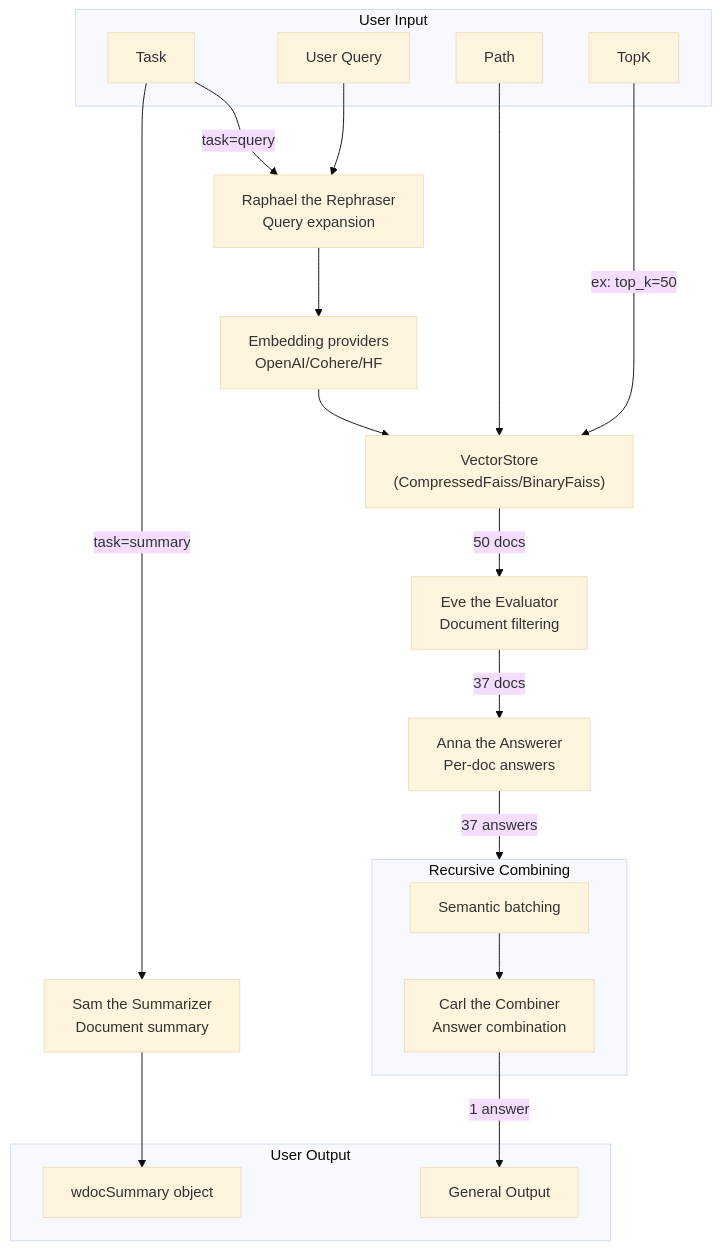
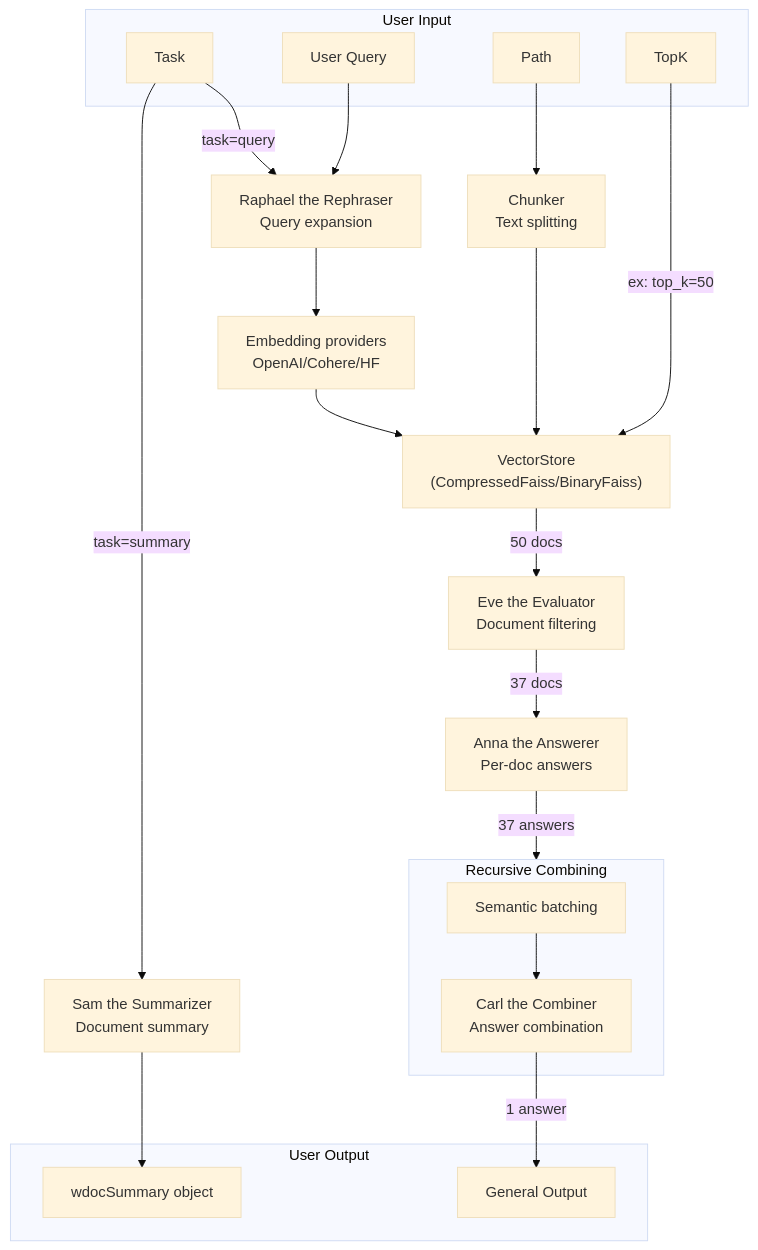
The diagram in images/diagram.mmd (thiswillbeyourgithub/wdoc), drawn with Mermaid (base theme) before and after one commit.

Commit message:
feat: add Chunker box to diagram with text splitting flow

```diff
--- a/images/diagram.mmd
+++ b/images/diagram.mmd
@@ -1,45 +1,47 @@
 flowchart TD
     subgraph UserInput["User Input"]
         Task["Task"]
         UserQuery["User Query"]
         Path["Path"]
         TopK["TopK"]
     end
 
     Embeddings["Embedding providers<br/>OpenAI/Cohere/HF"]
     VectorStore["VectorStore<br/>(CompressedFaiss/BinaryFaiss)"]
 
     Embeddings --> VectorStore
 
+    Chunker["Chunker<br/>Text splitting"]
     Raphael["Raphael the Rephraser<br/>Query expansion"]
     Sam["Sam the Summarizer<br/>Document summary"]
     Eve["Eve the Evaluator<br/>Document filtering"]
     Anna["Anna the Answerer<br/>Per-doc answers"]
 
-    Path --> VectorStore
+    Path --> Chunker
+    Chunker --> VectorStore
     TopK -->|ex: top_k=50| VectorStore
     UserQuery --> Raphael
     Raphael --> Embeddings
     
     VectorStore -->|50 docs| Eve
     
     Eve -->|37 docs| Anna
     
     subgraph RecursiveCombining["Recursive Combining"]
         SemanticBatching["Semantic batching"]
         Carl["Carl the Combiner<br/>Answer combination"]
         SemanticBatching --> Carl
     end
     
     Anna -->|37 answers| RecursiveCombining
 
     subgraph UserOutput["User Output"]
         Output["General Output"]
         SummaryOutput["wdocSummary object"]
     end
     
     Carl -->|1 answer| Output
     
     Task -->|task=query| Raphael
     Task -->|task=summary| Sam
     Sam --> SummaryOutput
```
